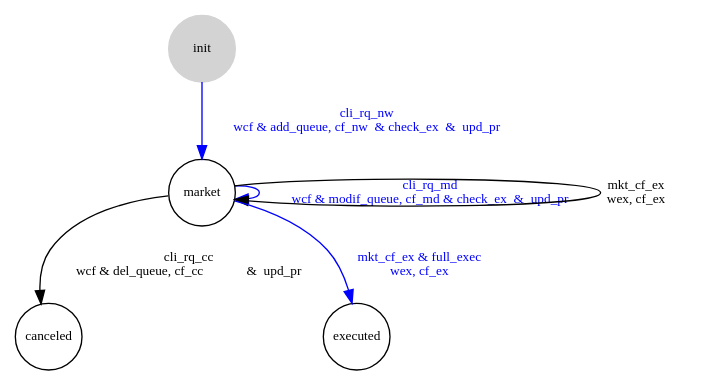
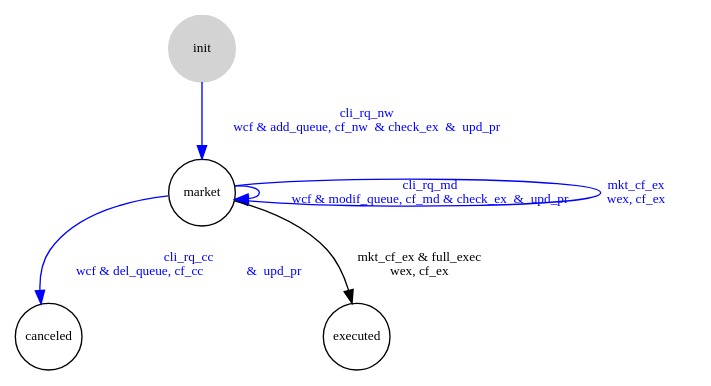
One commit to jleahred/maiquel-toolkit-cpp changed the diagram in examples/prj_make/emarket/src/ord_ls.dot. Above: the diagram before and after it, drawn with Graphviz. The commit also changed 10 other files, not shown here.

```diff
--- a/examples/prj_make/emarket/src/ord_ls.dot
+++ b/examples/prj_make/emarket/src/ord_ls.dot
@@ -1,13 +1,13 @@
 digraph automata {
     node [shape = circle, fontsize=10, fixedsize=true width=0.7];
     init [ style = filled, color=lightgrey ];
 
         init  ->  market  [ label = "cli_rq_nw\nwcf & add_queue, cf_nw  & check_ex  &  upd_pr", color=blue, fontcolor=blue, fontsize=10, fixedsize=true ];
     market  ->  market  [ label = "cli_rq_md\nwcf & modif_queue, cf_md & check_ex  &  upd_pr", color=blue, fontcolor=blue, fontsize=10, fixedsize=true ];
-    market  ->  canceled  [ label = "cli_rq_cc\nwcf & del_queue, cf_cc             &  upd_pr", color=black, fontcolor=black, fontsize=10, fixedsize=true ];
-    market  ->  executed  [ label = "mkt_cf_ex & full_exec\nwex, cf_ex", color=blue, fontcolor=blue, fontsize=10, fixedsize=true ];
-    market  ->  market  [ label = "mkt_cf_ex\nwex, cf_ex", color=black, fontcolor=black, fontsize=10, fixedsize=true ];
+    market  ->  canceled  [ label = "cli_rq_cc\nwcf & del_queue, cf_cc             &  upd_pr", color=blue, fontcolor=blue, fontsize=10, fixedsize=true ];
+    market  ->  executed  [ label = "mkt_cf_ex & full_exec\nwex, cf_ex", color=black, fontcolor=black, fontsize=10, fixedsize=true ];
+    market  ->  market  [ label = "mkt_cf_ex\nwex, cf_ex", color=blue, fontcolor=blue, fontsize=10, fixedsize=true ];
  
 
     //ord_ls  [ shape = plaintext ];
 }
```
